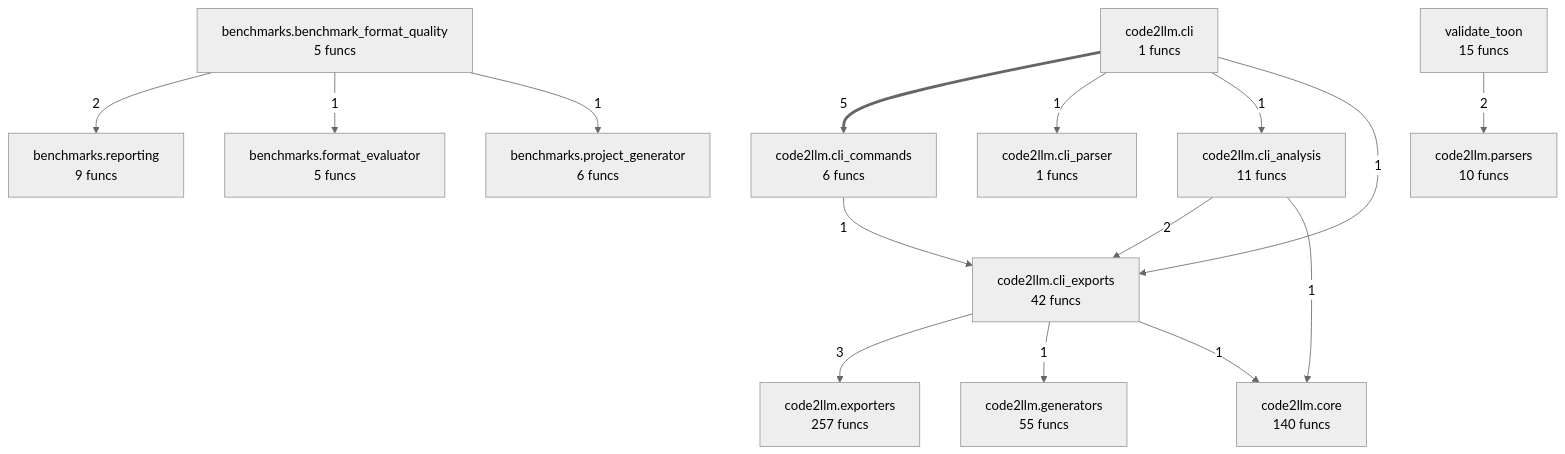
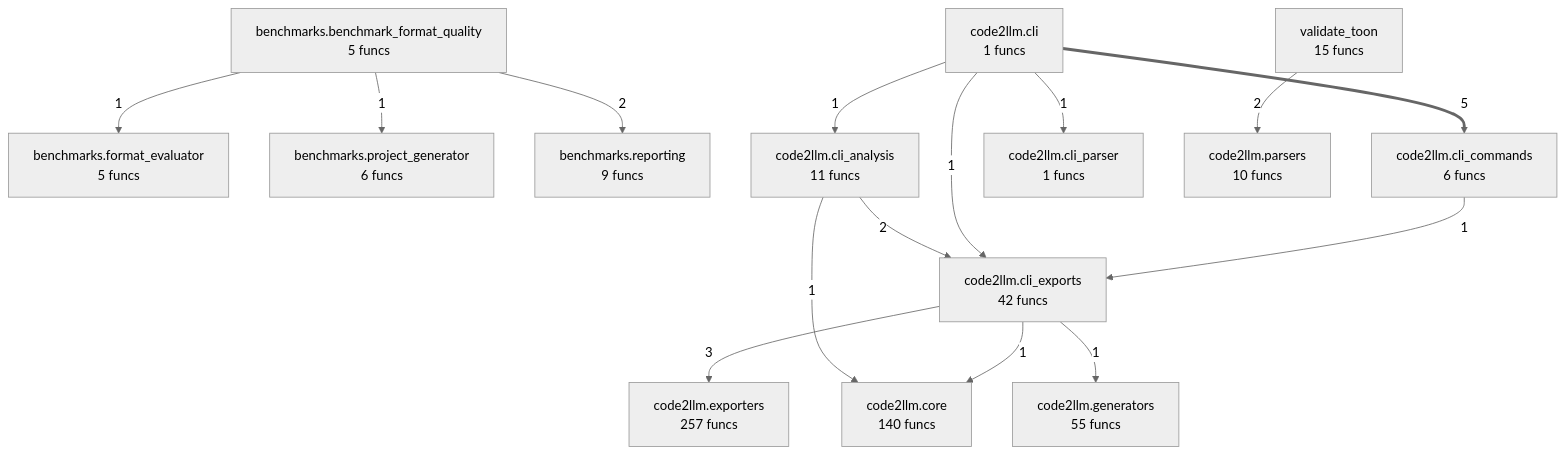
The diagram in project/compact_flow.mmd (wronai/code2llm), drawn with Mermaid (neutral theme) before and after one commit. The commit also changed other lines of this file and 18 other files, not shown here.

```diff
--- a/project/compact_flow.mmd
+++ b/project/compact_flow.mmd
@@ -1,29 +1,29 @@
 flowchart TD
     benchmarks_benchmark_format_quality["benchmarks.benchmark_format_quality<br/>5 funcs"]
     benchmarks_format_evaluator["benchmarks.format_evaluator<br/>5 funcs"]
     benchmarks_project_generator["benchmarks.project_generator<br/>6 funcs"]
     benchmarks_reporting["benchmarks.reporting<br/>9 funcs"]
     code2llm_cli["code2llm.cli<br/>1 funcs"]
     code2llm_cli_analysis["code2llm.cli_analysis<br/>11 funcs"]
     code2llm_cli_commands["code2llm.cli_commands<br/>6 funcs"]
     code2llm_cli_exports["code2llm.cli_exports<br/>42 funcs"]
     code2llm_cli_parser["code2llm.cli_parser<br/>1 funcs"]
     code2llm_core["code2llm.core<br/>140 funcs"]
     code2llm_exporters["code2llm.exporters<br/>257 funcs"]
     code2llm_generators["code2llm.generators<br/>55 funcs"]
     code2llm_parsers["code2llm.parsers<br/>10 funcs"]
     validate_toon["validate_toon<br/>15 funcs"]
     code2llm_cli ==>|5| code2llm_cli_commands
     code2llm_cli_exports -->|3| code2llm_exporters
     validate_toon -->|2| code2llm_parsers
     code2llm_cli_analysis -->|2| code2llm_cli_exports
     benchmarks_benchmark_format_quality -->|2| benchmarks_reporting
     code2llm_cli -->|1| code2llm_cli_parser
     code2llm_cli -->|1| code2llm_cli_analysis
     code2llm_cli -->|1| code2llm_cli_exports
     code2llm_cli_analysis -->|1| code2llm_core
     code2llm_cli_commands -->|1| code2llm_cli_exports
     benchmarks_benchmark_format_quality -->|1| benchmarks_format_evaluator
     benchmarks_benchmark_format_quality -->|1| benchmarks_project_generator
+    code2llm_cli_exports -->|1| code2llm_core
     code2llm_cli_exports -->|1| code2llm_generators
-    code2llm_cli_exports -->|1| code2llm_core
```
